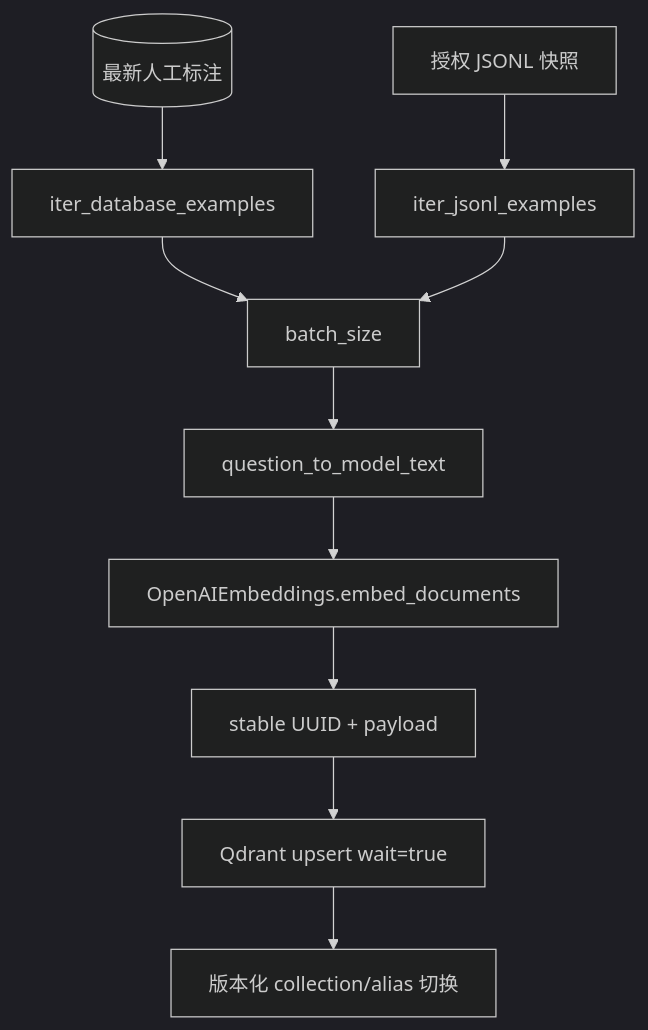
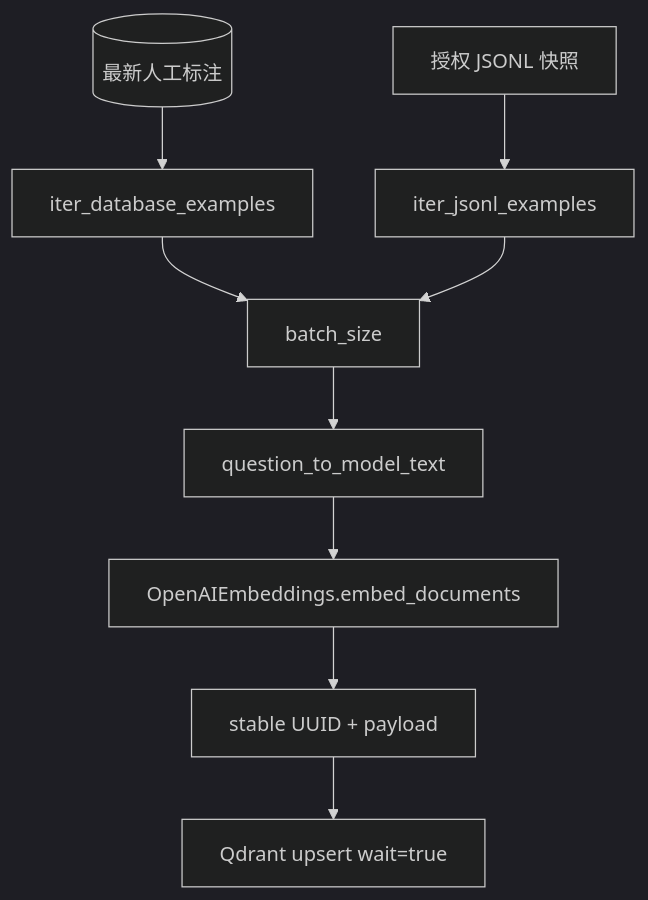
One commit to Taylor-Zhao/llm-day1 changed the second of 3 diagrams in question_labeling_system/docs/DATA_MODEL_AND_RAG.md. Above: the diagram before and after it, drawn with Mermaid (dark theme). The commit also changed other lines of this file and 3 other files, not shown here.

````diff
--- a/question_labeling_system/docs/DATA_MODEL_AND_RAG.md
+++ b/question_labeling_system/docs/DATA_MODEL_AND_RAG.md
@@ -197,12 +197,11 @@
 ```mermaid
 flowchart TD
     DB[(最新人工标注)] --> Stream[iter_database_examples]
     Snapshot[授权 JSONL 快照] --> Stream2[iter_jsonl_examples]
     Stream --> Batch[batch_size]
     Stream2 --> Batch
     Batch --> Text[question_to_model_text]
     Text --> Embedding[OpenAIEmbeddings.embed_documents]
     Embedding --> Point[stable UUID + payload]
     Point --> Upsert[Qdrant upsert wait=true]
-    Upsert --> Alias[版本化 collection/alias 切换]
 ```
````
